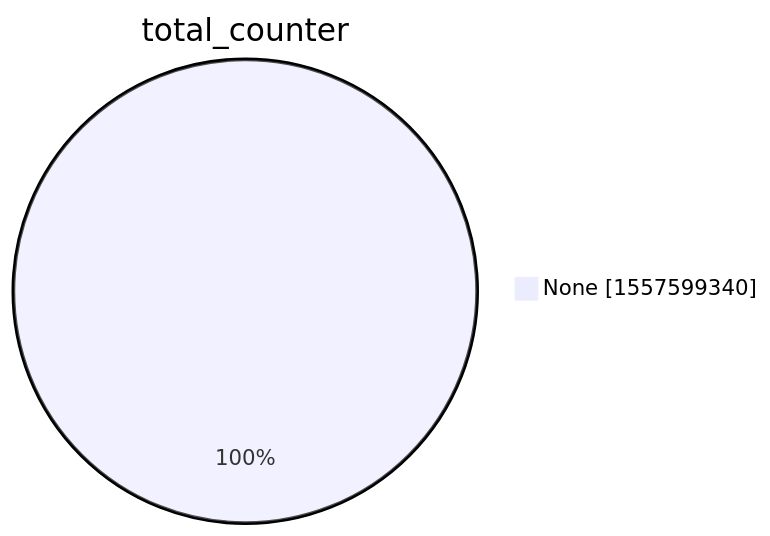
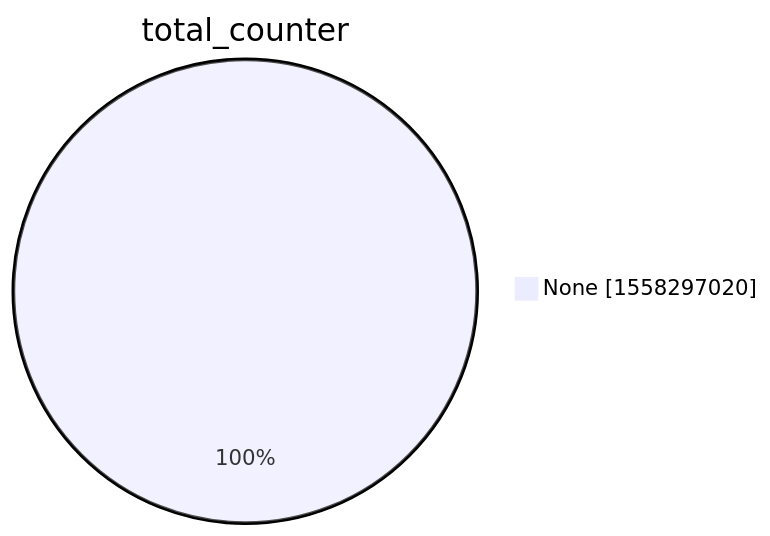
The second of 15 diagrams in xenon2022/README.md (christiankrug/ctmonitor_visualization), drawn with Mermaid before and after one commit. The commit also changed other lines of this file, not shown here.

````diff
--- a/xenon2022/README.md
+++ b/xenon2022/README.md
@@ -9,5 +9,5 @@
 ```mermaid
 pie showData
 title total_counter
-"None" :1557599340
+"None" :1558297020
 ```
````
